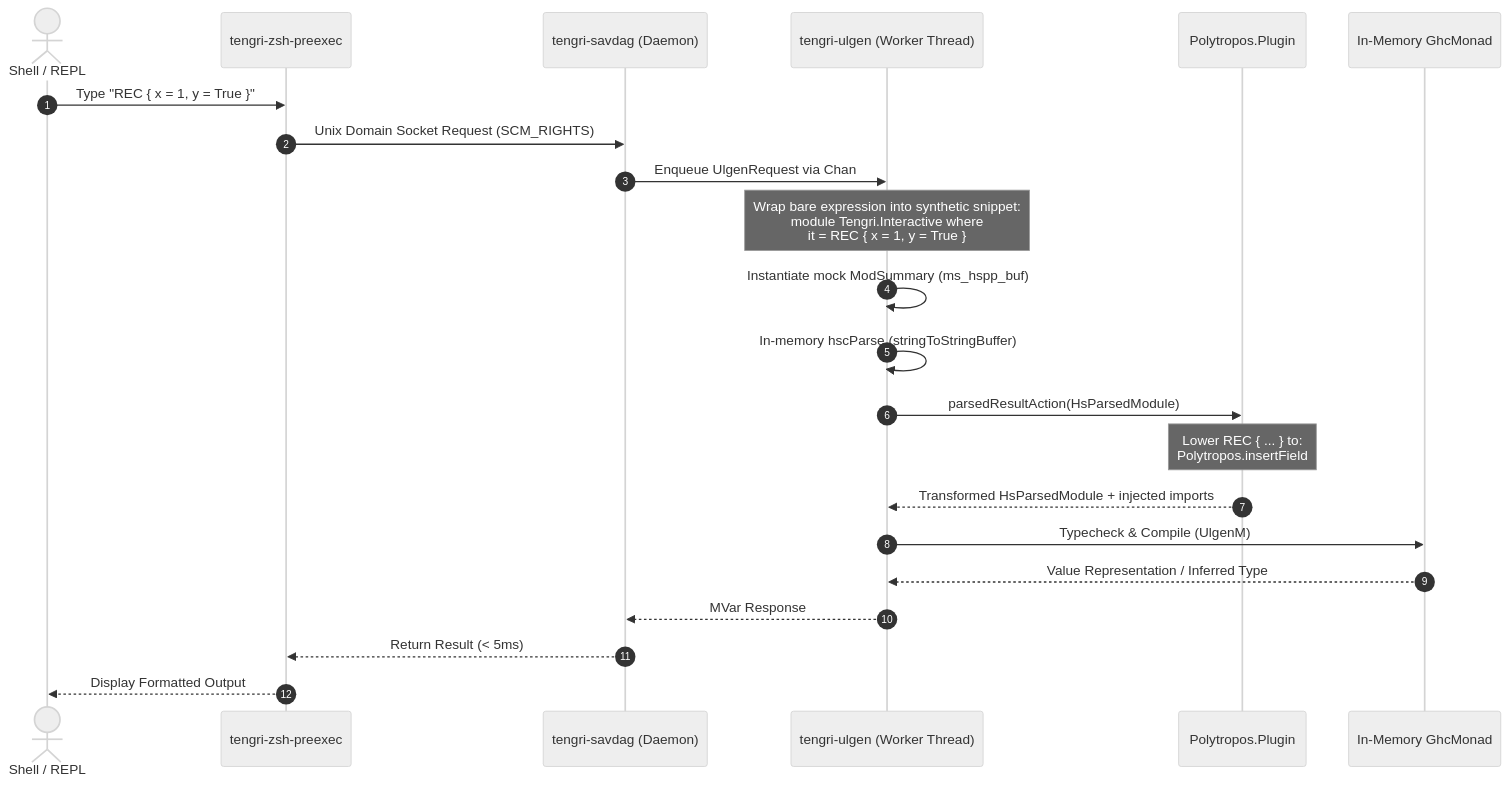
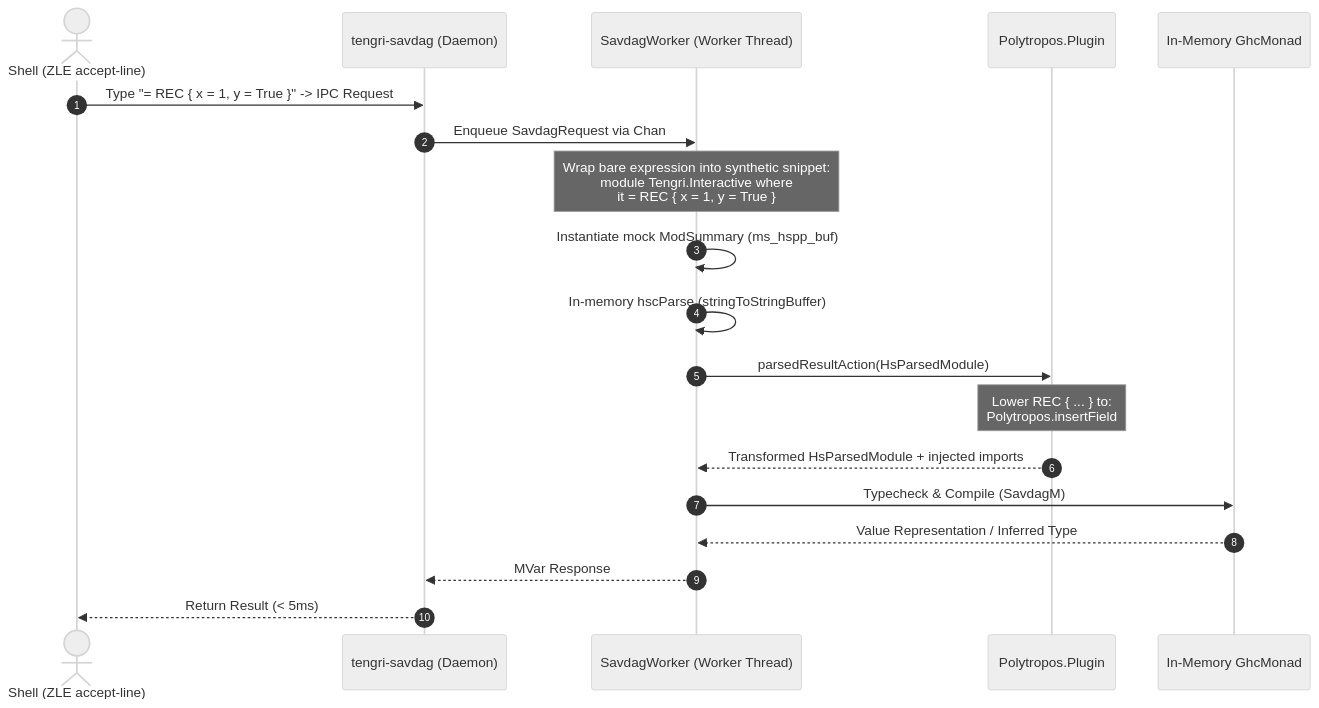
The diagram in docs/TUTORIAL.md (NadiaYvette/tengri), drawn with Mermaid (neutral theme) before and after one commit. The commit also changed other lines of this file and 27 other files, not shown here.

````diff
--- a/docs/TUTORIAL.md
+++ b/docs/TUTORIAL.md
@@ -60,25 +58,22 @@
 ```mermaid
 sequenceDiagram
     autonumber
-    actor User as Shell / REPL
-    participant Hook as tengri-zsh-preexec
+    actor User as Shell (ZLE accept-line)
     participant Daemon as tengri-savdag (Daemon)
-    participant Worker as tengri-ulgen (Worker Thread)
+    participant Worker as SavdagWorker (Worker Thread)
     participant Plugin as Polytropos.Plugin
     participant GHC as In-Memory GhcMonad
 
-    User->>Hook: Type "REC { x = 1, y = True }"
-    Hook->>Daemon: Unix Domain Socket Request (SCM_RIGHTS)
-    Daemon->>Worker: Enqueue UlgenRequest via Chan
+    User->>Daemon: Type "= REC { x = 1, y = True }" -> IPC Request
+    Daemon->>Worker: Enqueue SavdagRequest via Chan
     Note over Worker: Wrap bare expression into synthetic snippet:<br/>module Tengri.Interactive where<br/>it = REC { x = 1, y = True }
     Worker->>Worker: Instantiate mock ModSummary (ms_hspp_buf)
     Worker->>Worker: In-memory hscParse (stringToStringBuffer)
     Worker->>Plugin: parsedResultAction(HsParsedModule)
     Note over Plugin: Lower REC { ... } to:<br/>Polytropos.insertField #x 1<br/>  (Polytropos.insertField #y True Polytropos.emptyRecord)
     Plugin-->>Worker: Transformed HsParsedModule + injected imports
-    Worker->>GHC: Typecheck & Compile (UlgenM)
+    Worker->>GHC: Typecheck & Compile (SavdagM)
     GHC-->>Worker: Value Representation / Inferred Type
     Worker-->>Daemon: MVar Response
-    Daemon-->>Hook: Return Result (< 5ms)
-    Hook-->>User: Display Formatted Output
+    Daemon-->>User: Return Result (< 5ms)
 ```
````
